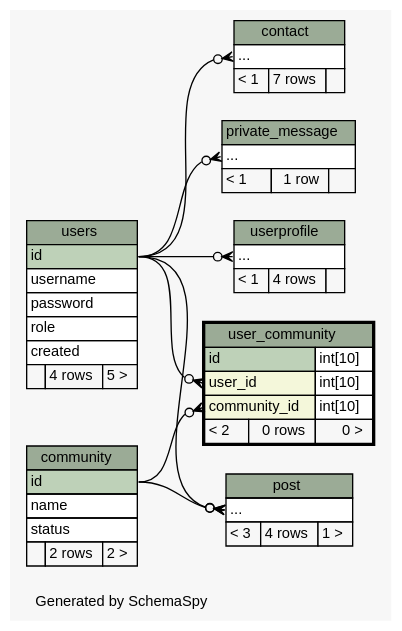
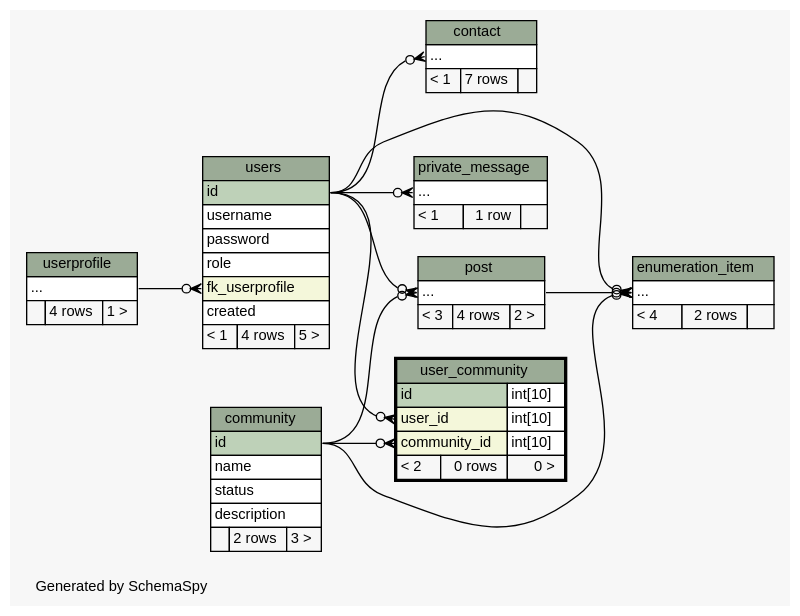
One commit to chr-krenn/chr-krenn-fhj-ws2017-sd17-pse changed the diagram in doc/db_schema/diagrams/user_community.2degrees.dot. Above: the diagram before and after it, drawn with Graphviz. The commit also changed 60 other files, not shown here.

```diff
--- a/doc/db_schema/diagrams/user_community.2degrees.dot
+++ b/doc/db_schema/diagrams/user_community.2degrees.dot
@@ -1,107 +1,122 @@
 // dot 2.40.1 on Linux 4.12.5-300.fc26.x86_64
 // SchemaSpy rev 590
 digraph "twoDegreesRelationshipsDiagram" {
   graph [
     rankdir="RL"
     bgcolor="#f7f7f7"
     label="\nGenerated by SchemaSpy"
     labeljust="l"
     nodesep="0.18"
     ranksep="0.46"
     fontname="Helvetica"
     fontsize="11"
   ];
   node [
     fontname="Helvetica"
     fontsize="11"
     shape="plaintext"
   ];
   edge [
     arrowsize="0.8"
   ];
   "contact":"elipses":w -> "users":"id":e [arrowhead=none dir=back arrowtail=crowodot];
+  "enumeration_item":"elipses":w -> "community":"id":e [arrowhead=none dir=back arrowtail=crowodot];
+  "enumeration_item":"elipses":w -> "post":"elipses":e [arrowhead=none dir=back arrowtail=crowodot];
+  "enumeration_item":"elipses":w -> "users":"id":e [arrowhead=none dir=back arrowtail=crowodot];
   "post":"elipses":w -> "community":"id":e [arrowhead=none dir=back arrowtail=crowodot];
   "post":"elipses":w -> "users":"id":e [arrowhead=none dir=back arrowtail=crowodot];
   "private_message":"elipses":w -> "users":"id":e [arrowhead=none dir=back arrowtail=crowodot];
   "user_community":"community_id":w -> "community":"id":e [arrowhead=none dir=back arrowtail=crowodot];
   "user_community":"user_id":w -> "users":"id":e [arrowhead=none dir=back arrowtail=crowodot];
-  "userprofile":"elipses":w -> "users":"id":e [arrowhead=none dir=back arrowtail=crowodot];
+  "users":"fk_userprofile":w -> "userprofile":"elipses":e [arrowhead=none dir=back arrowtail=crowodot];
   "community" [
     label=<
     <TABLE BORDER="0" CELLBORDER="1" CELLSPACING="0" BGCOLOR="#ffffff">
       <TR><TD COLSPAN="3" BGCOLOR="#9bab96" ALIGN="CENTER">community</TD></TR>
       <TR><TD PORT="id" COLSPAN="3" BGCOLOR="#bed1b8" ALIGN="LEFT">id</TD></TR>
       <TR><TD PORT="name" COLSPAN="3" ALIGN="LEFT">name</TD></TR>
       <TR><TD PORT="status" COLSPAN="3" ALIGN="LEFT">status</TD></TR>
-      <TR><TD ALIGN="LEFT" BGCOLOR="#f7f7f7">  </TD><TD ALIGN="RIGHT" BGCOLOR="#f7f7f7">2 rows</TD><TD ALIGN="RIGHT" BGCOLOR="#f7f7f7">2 &gt;</TD></TR>
+      <TR><TD PORT="description" COLSPAN="3" ALIGN="LEFT">description</TD></TR>
+      <TR><TD ALIGN="LEFT" BGCOLOR="#f7f7f7">  </TD><TD ALIGN="RIGHT" BGCOLOR="#f7f7f7">2 rows</TD><TD ALIGN="RIGHT" BGCOLOR="#f7f7f7">3 &gt;</TD></TR>
     </TABLE>>
     URL="community.html"
     tooltip="community"
   ];
   "contact" [
     label=<
     <TABLE BORDER="0" CELLBORDER="1" CELLSPACING="0" BGCOLOR="#ffffff">
       <TR><TD COLSPAN="3" BGCOLOR="#9bab96" ALIGN="CENTER">contact</TD></TR>
       <TR><TD PORT="elipses" COLSPAN="3" ALIGN="LEFT">...</TD></TR>
       <TR><TD ALIGN="LEFT" BGCOLOR="#f7f7f7">&lt; 1</TD><TD ALIGN="RIGHT" BGCOLOR="#f7f7f7">7 rows</TD><TD ALIGN="RIGHT" BGCOLOR="#f7f7f7">  </TD></TR>
     </TABLE>>
     URL="contact.html"
     tooltip="contact"
   ];
+  "enumeration_item" [
+    label=<
+    <TABLE BORDER="0" CELLBORDER="1" CELLSPACING="0" BGCOLOR="#ffffff">
+      <TR><TD COLSPAN="3" BGCOLOR="#9bab96" ALIGN="CENTER">enumeration_item</TD></TR>
+      <TR><TD PORT="elipses" COLSPAN="3" ALIGN="LEFT">...</TD></TR>
+      <TR><TD ALIGN="LEFT" BGCOLOR="#f7f7f7">&lt; 4</TD><TD ALIGN="RIGHT" BGCOLOR="#f7f7f7">2 rows</TD><TD ALIGN="RIGHT" BGCOLOR="#f7f7f7">  </TD></TR>
+    </TABLE>>
+    URL="enumeration_item.html"
+    tooltip="enumeration_item"
+  ];
   "post" [
     label=<
     <TABLE BORDER="0" CELLBORDER="1" CELLSPACING="0" BGCOLOR="#ffffff">
       <TR><TD COLSPAN="3" BGCOLOR="#9bab96" ALIGN="CENTER">post</TD></TR>
       <TR><TD PORT="elipses" COLSPAN="3" ALIGN="LEFT">...</TD></TR>
-      <TR><TD ALIGN="LEFT" BGCOLOR="#f7f7f7">&lt; 3</TD><TD ALIGN="RIGHT" BGCOLOR="#f7f7f7">4 rows</TD><TD ALIGN="RIGHT" BGCOLOR="#f7f7f7">1 &gt;</TD></TR>
+      <TR><TD ALIGN="LEFT" BGCOLOR="#f7f7f7">&lt; 3</TD><TD ALIGN="RIGHT" BGCOLOR="#f7f7f7">4 rows</TD><TD ALIGN="RIGHT" BGCOLOR="#f7f7f7">2 &gt;</TD></TR>
     </TABLE>>
     URL="post.html"
     tooltip="post"
   ];
   "private_message" [
     label=<
     <TABLE BORDER="0" CELLBORDER="1" CELLSPACING="0" BGCOLOR="#ffffff">
       <TR><TD COLSPAN="3" BGCOLOR="#9bab96" ALIGN="CENTER">private_message</TD></TR>
       <TR><TD PORT="elipses" COLSPAN="3" ALIGN="LEFT">...</TD></TR>
       <TR><TD ALIGN="LEFT" BGCOLOR="#f7f7f7">&lt; 1</TD><TD ALIGN="RIGHT" BGCOLOR="#f7f7f7">1 row</TD><TD ALIGN="RIGHT" BGCOLOR="#f7f7f7">  </TD></TR>
     </TABLE>>
     URL="private_message.html"
     tooltip="private_message"
   ];
   "user_community" [
     label=<
     <TABLE BORDER="2" CELLBORDER="1" CELLSPACING="0" BGCOLOR="#ffffff">
       <TR><TD COLSPAN="3" BGCOLOR="#9bab96" ALIGN="CENTER">user_community</TD></TR>
       <TR><TD PORT="id" COLSPAN="2" BGCOLOR="#bed1b8" ALIGN="LEFT">id</TD><TD PORT="id.type" ALIGN="LEFT">int[10]</TD></TR>
       <TR><TD PORT="user_id" COLSPAN="2" BGCOLOR="#f4f7da" ALIGN="LEFT">user_id</TD><TD PORT="user_id.type" ALIGN="LEFT">int[10]</TD></TR>
       <TR><TD PORT="community_id" COLSPAN="2" BGCOLOR="#f4f7da" ALIGN="LEFT">community_id</TD><TD PORT="community_id.type" ALIGN="LEFT">int[10]</TD></TR>
       <TR><TD ALIGN="LEFT" BGCOLOR="#f7f7f7">&lt; 2</TD><TD ALIGN="RIGHT" BGCOLOR="#f7f7f7">0 rows</TD><TD ALIGN="RIGHT" BGCOLOR="#f7f7f7">0 &gt;</TD></TR>
     </TABLE>>
     URL="user_community.html"
     tooltip="user_community"
   ];
   "userprofile" [
     label=<
     <TABLE BORDER="0" CELLBORDER="1" CELLSPACING="0" BGCOLOR="#ffffff">
       <TR><TD COLSPAN="3" BGCOLOR="#9bab96" ALIGN="CENTER">userprofile</TD></TR>
       <TR><TD PORT="elipses" COLSPAN="3" ALIGN="LEFT">...</TD></TR>
-      <TR><TD ALIGN="LEFT" BGCOLOR="#f7f7f7">&lt; 1</TD><TD ALIGN="RIGHT" BGCOLOR="#f7f7f7">4 rows</TD><TD ALIGN="RIGHT" BGCOLOR="#f7f7f7">  </TD></TR>
+      <TR><TD ALIGN="LEFT" BGCOLOR="#f7f7f7">  </TD><TD ALIGN="RIGHT" BGCOLOR="#f7f7f7">4 rows</TD><TD ALIGN="RIGHT" BGCOLOR="#f7f7f7">1 &gt;</TD></TR>
     </TABLE>>
     URL="userprofile.html"
     tooltip="userprofile"
   ];
   "users" [
     label=<
     <TABLE BORDER="0" CELLBORDER="1" CELLSPACING="0" BGCOLOR="#ffffff">
       <TR><TD COLSPAN="3" BGCOLOR="#9bab96" ALIGN="CENTER">users</TD></TR>
       <TR><TD PORT="id" COLSPAN="3" BGCOLOR="#bed1b8" ALIGN="LEFT">id</TD></TR>
       <TR><TD PORT="username" COLSPAN="3" ALIGN="LEFT">username</TD></TR>
       <TR><TD PORT="password" COLSPAN="3" ALIGN="LEFT">password</TD></TR>
       <TR><TD PORT="role" COLSPAN="3" ALIGN="LEFT">role</TD></TR>
+      <TR><TD PORT="fk_userprofile" COLSPAN="3" BGCOLOR="#f4f7da" ALIGN="LEFT">fk_userprofile</TD></TR>
       <TR><TD PORT="created" COLSPAN="3" ALIGN="LEFT">created</TD></TR>
-      <TR><TD ALIGN="LEFT" BGCOLOR="#f7f7f7">  </TD><TD ALIGN="RIGHT" BGCOLOR="#f7f7f7">4 rows</TD><TD ALIGN="RIGHT" BGCOLOR="#f7f7f7">5 &gt;</TD></TR>
+      <TR><TD ALIGN="LEFT" BGCOLOR="#f7f7f7">&lt; 1</TD><TD ALIGN="RIGHT" BGCOLOR="#f7f7f7">4 rows</TD><TD ALIGN="RIGHT" BGCOLOR="#f7f7f7">5 &gt;</TD></TR>
     </TABLE>>
     URL="users.html"
     tooltip="users"
   ];
 }
```
